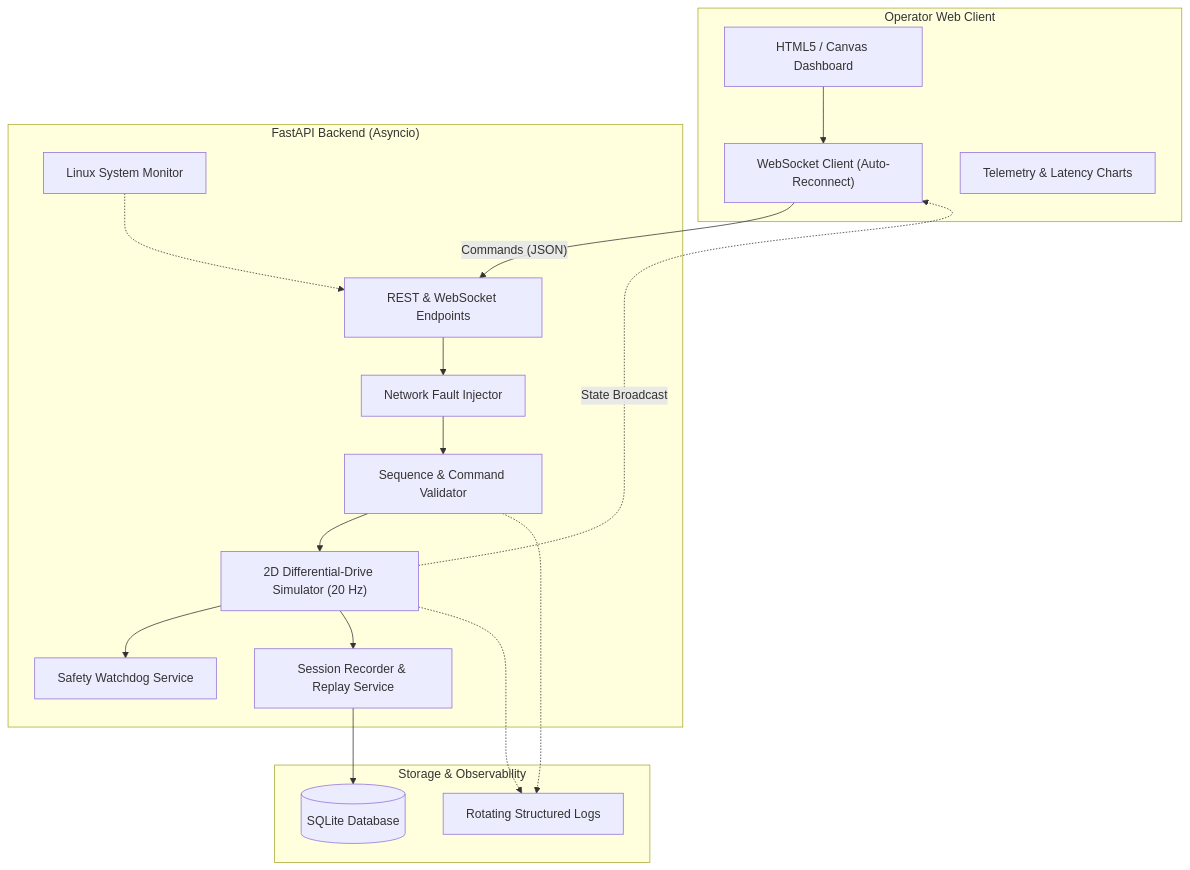
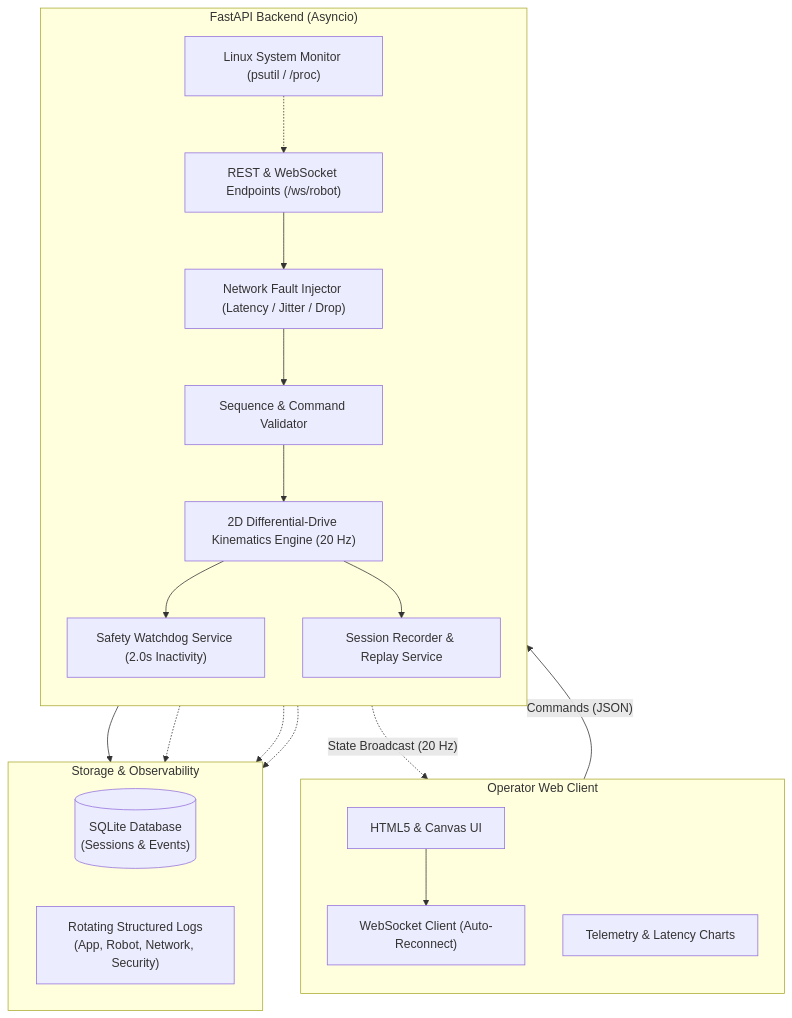
The diagram in README.md (sunilkumar2170/robot-teleoperation-platform), drawn with Mermaid before and after one commit. The commit also changed other lines of this file, not shown here.

Commit message:
docs: add complete project system structure directory tree and improve Mermaid architecture diagram flow

````diff
--- a/README.md
+++ b/README.md
@@ -63,36 +63,43 @@
 ```mermaid
-flowchart TD
+flowchart TB
     subgraph Client["Operator Web Client"]
-        UI["HTML5 / Canvas Dashboard"]
+        direction TB
+        UI["HTML5 & Canvas UI"]
         WSClient["WebSocket Client (Auto-Reconnect)"]
         MetricsUI["Telemetry & Latency Charts"]
+        UI --> WSClient
     end
 
     subgraph Backend["FastAPI Backend (Asyncio)"]
-        Router["REST & WebSocket Endpoints"]
-        FaultInjector["Network Fault Injector"]
+        direction TB
+        Router["REST & WebSocket Endpoints (/ws/robot)"]
+        FaultInjector["Network Fault Injector (Latency / Jitter / Drop)"]
         CmdValidator["Sequence & Command Validator"]
-        Watchdog["Safety Watchdog Service"]
-        SimEngine["2D Differential-Drive Simulator (20 Hz)"]
-        LinuxMon["Linux System Monitor"]
+        SimEngine["2D Differential-Drive Kinematics Engine (20 Hz)"]
+        Watchdog["Safety Watchdog Service (2.0s Inactivity)"]
         SessionSvc["Session Recorder & Replay Service"]
+        LinuxMon["Linux System Monitor (psutil / /proc)"]
+
+        Router --> FaultInjector
+        FaultInjector --> CmdValidator
+        CmdValidator --> SimEngine
+        SimEngine --> Watchdog
+        SimEngine --> SessionSvc
+        LinuxMon -.-> Router
     end
 
     subgraph Persistence["Storage & Observability"]
-        DB[("SQLite Database")]
-        Logs["Rotating Structured Logs"]
+        direction LR
+        DB[("SQLite Database
+(Sessions & Events)")]
+        Logs["Rotating Structured Logs
+(App, Robot, Network, Security)"]
     end
 
-    UI --> WSClient
     WSClient -->|"Commands (JSON)"| Router
-    Router --> FaultInjector
-    FaultInjector --> CmdValidator
-    CmdValidator --> SimEngine
-    SimEngine --> Watchdog
-    SimEngine -.->|"State Broadcast"| WSClient
-    SimEngine --> SessionSvc
+    SimEngine -.->|"State Broadcast (20 Hz)"| WSClient
     SessionSvc --> DB
-    LinuxMon -.-> Router
     CmdValidator -.-> Logs
     SimEngine -.-> Logs
+    Watchdog -.-> Logs
 ```
````
